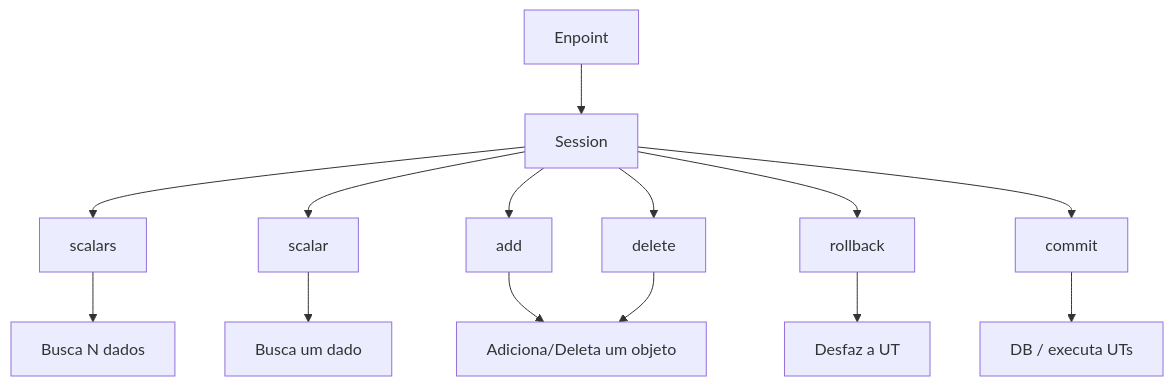
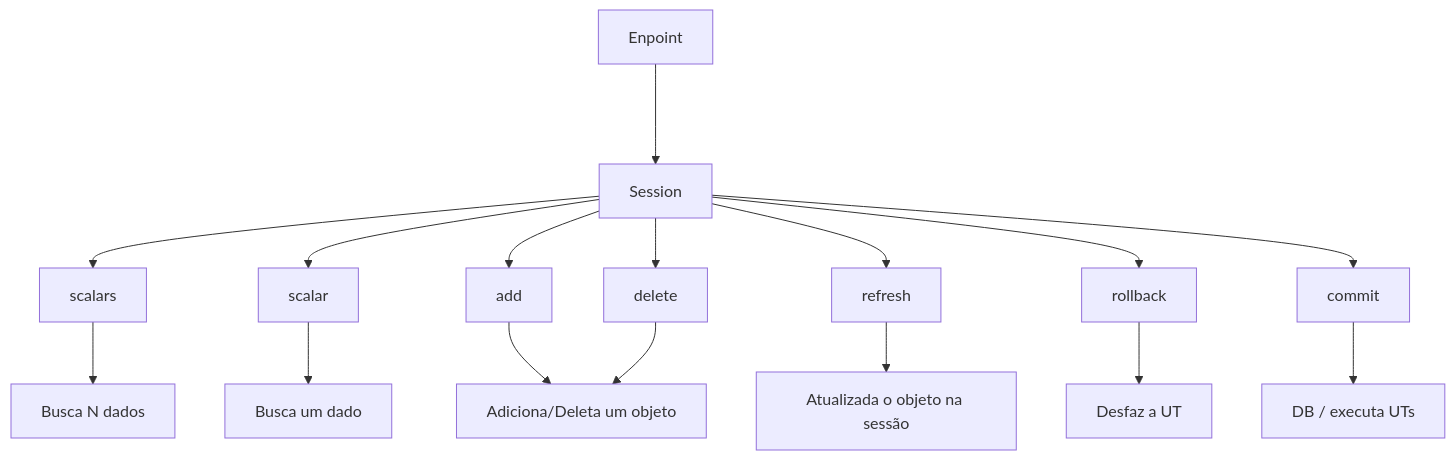
One commit to dunossauro/fastapi-do-zero changed the second of 3 diagrams in slides/brutos/aula_04.md. Above: the diagram before and after it, drawn with Mermaid. The commit also changed other lines of this file and 12 other files, not shown here.

```diff
--- a/slides/brutos/aula_04.md
+++ b/slides/brutos/aula_04.md
@@ -55,16 +55,18 @@
 <div class="mermaid" style="text-align: center;">
 graph
-  Enpoint --> Session
+  Enpoint ---> Session
   Session --> scalars
   Session --> scalar
   scalar --> Busca_Dado[Busca um dado]
   scalars --> Busca_Dados[Busca N dados]
   Session --> add
   add --> ADD[Adiciona/Deleta um objeto]
   Session --> delete
   delete --> ADD[Adiciona/Deleta um objeto]
+  Session --> refresh
+  refresh --> RF[Atualizada o objeto na sessão]
   Session --> rollback
   rollback --> D[Desfaz a UT]
   Session --> commit
   commit --> DB[DB / executa UTs]
 </div>
```
